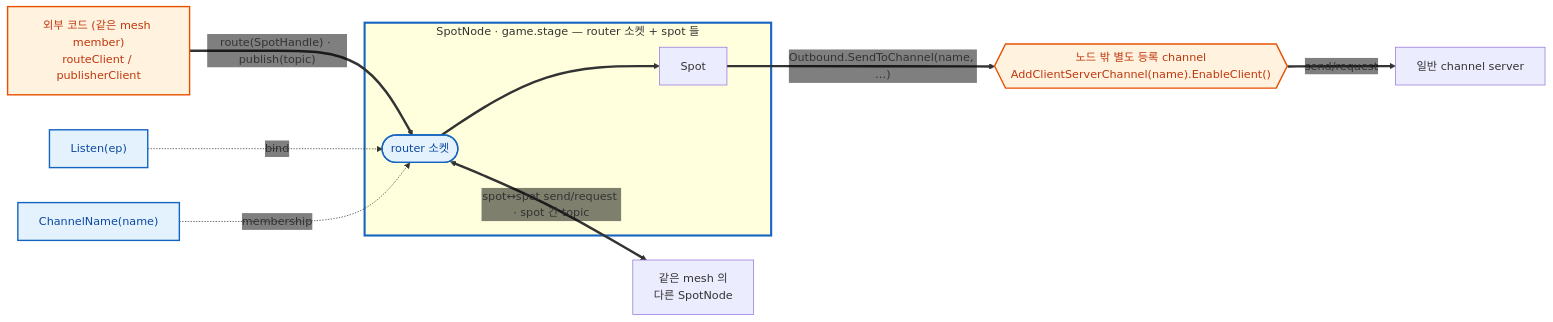
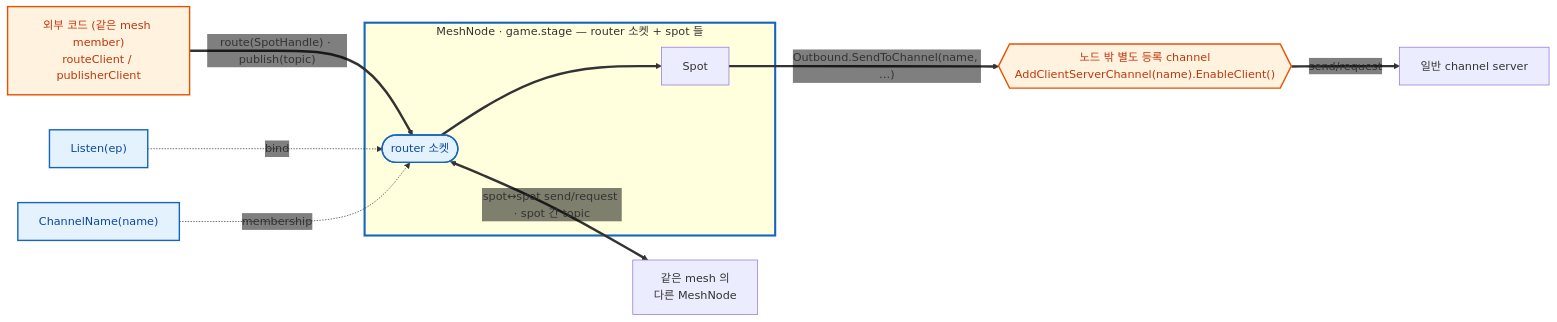
One commit to kairos-code-dev/zlink changed the second of 8 diagrams in framework/doc/framework/dotnet/guide/06-spot.ko.md. Above: the diagram before and after it, drawn with Mermaid. The commit also changed other lines of this file and 8 other files, not shown here.

First line of the commit message:
docs(dotnet): finish MeshNode guide terminology

````diff
--- a/framework/doc/framework/dotnet/guide/06-spot.ko.md
+++ b/framework/doc/framework/dotnet/guide/06-spot.ko.md
@@ -150,28 +150,28 @@
 ```mermaid
 %%{init: {'themeVariables': {'edgeLabelBackground':'transparent'}}}%%
 flowchart LR
-  subgraph node["SpotNode · game.stage — router 소켓 + spot 들"]
+  subgraph node["MeshNode · game.stage — router 소켓 + spot 들"]
     rsock(["router 소켓"])
     spot["Spot"]
   end
 
-  %% 🟦 자기 mesh — 같은 mesh의 다른 SpotNode와
-  peer["같은 mesh 의<br/>다른 SpotNode"]
+  %% 🟦 자기 mesh — 같은 mesh의 다른 MeshNode와
+  peer["같은 mesh 의<br/>다른 MeshNode"]
   rsock <==>|"spot↔spot send/request · spot 간 topic"| peer
 
   %% 외부 → spot : 같은 mesh member의 router 소켓으로 들어온다
   ext["외부 코드 (같은 mesh member)<br/>routeClient / publisherClient"]
   ext ==>|"route(SpotHandle) · publish(topic)"| rsock ==> spot
 
   %% spot → 외부 channel : 노드 밖에 따로 등록한 channel을 이름으로 호출
   spot ==>|"Outbound.SendToChannel(name, …)"| chan{{"노드 밖 별도 등록 channel<br/>AddClientServerChannel(name).EnableClient()"}} ==>|"send/request"| svc["일반 channel server"]
 
   fListen["Listen(ep)"] -. bind .-> rsock
   fChannel["ChannelName(name)"] -. membership .-> rsock
 
   classDef ownMesh fill:#e3f2fd,stroke:#1565c0,stroke-width:2px,color:#0d47a1;
   classDef ext fill:#fff3e0,stroke:#e65100,stroke-width:2px,color:#bf360c;
   class fListen,fChannel,rsock ownMesh;
   class chan,ext ext;
   style node stroke:#1565c0,stroke-width:3px
 ```
````
